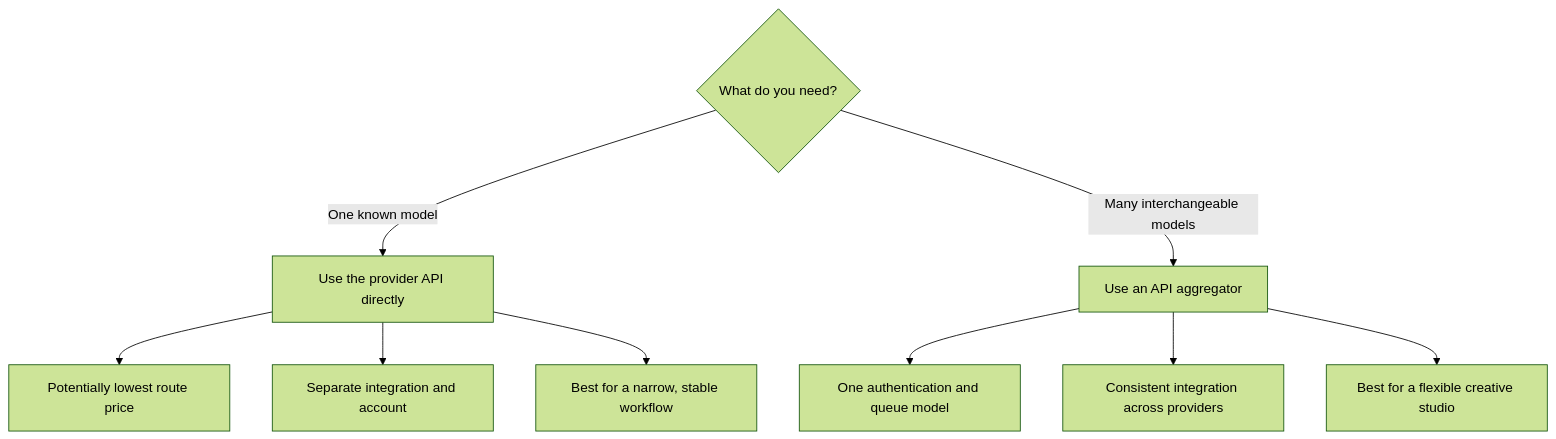
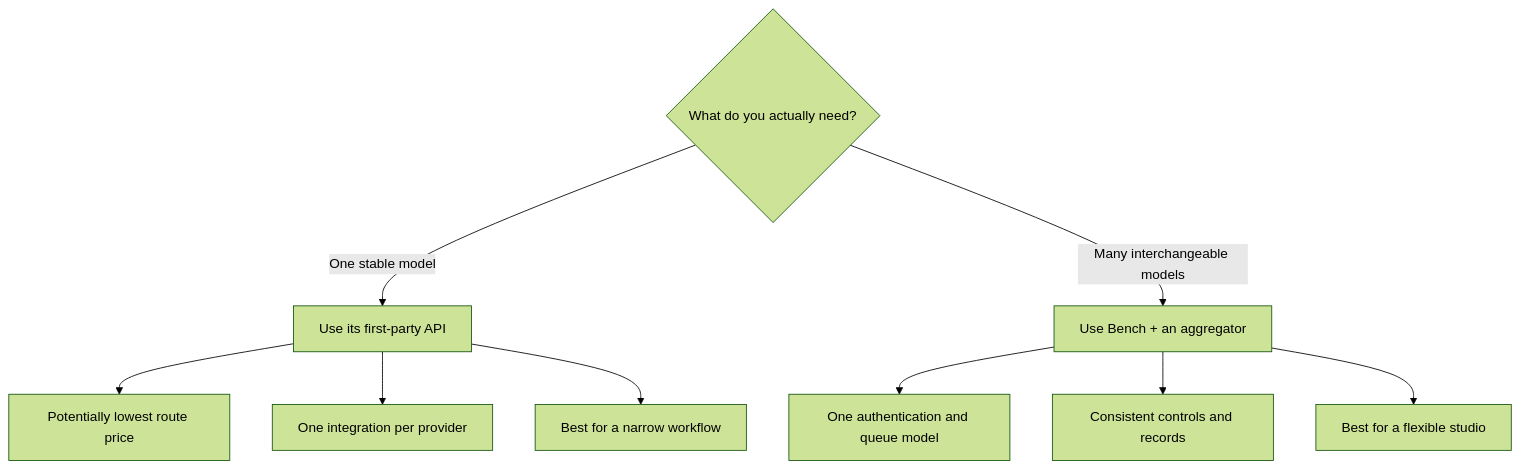
Before and after one commit to AIONEpreneur/kreativstudio: the second of 6 diagrams in README.md, drawn with Mermaid (forest theme). The commit also changed other lines of this file and 2 other files, not shown here.

````diff
--- a/README.md
+++ b/README.md
@@ -70,14 +155,14 @@
 ```mermaid
 flowchart TB
-    Need{"What do you need?"}
-    Need -->|One known model| Direct["Use the provider API directly"]
-    Need -->|Many interchangeable models| Aggregate["Use an API aggregator"]
+    Need{"What do you actually need?"}
+    Need -->|One stable model| Direct["Use its first-party API"]
+    Need -->|Many interchangeable models| Bench["Use Bench + an aggregator"]
 
     Direct --> D1["Potentially lowest route price"]
-    Direct --> D2["Separate integration and account"]
-    Direct --> D3["Best for a narrow, stable workflow"]
+    Direct --> D2["One integration per provider"]
+    Direct --> D3["Best for a narrow workflow"]
 
-    Aggregate --> A1["One authentication and queue model"]
-    Aggregate --> A2["Consistent integration across providers"]
-    Aggregate --> A3["Best for a flexible creative studio"]
+    Bench --> B1["One authentication and queue model"]
+    Bench --> B2["Consistent controls and records"]
+    Bench --> B3["Best for a flexible studio"]
 ```
````
